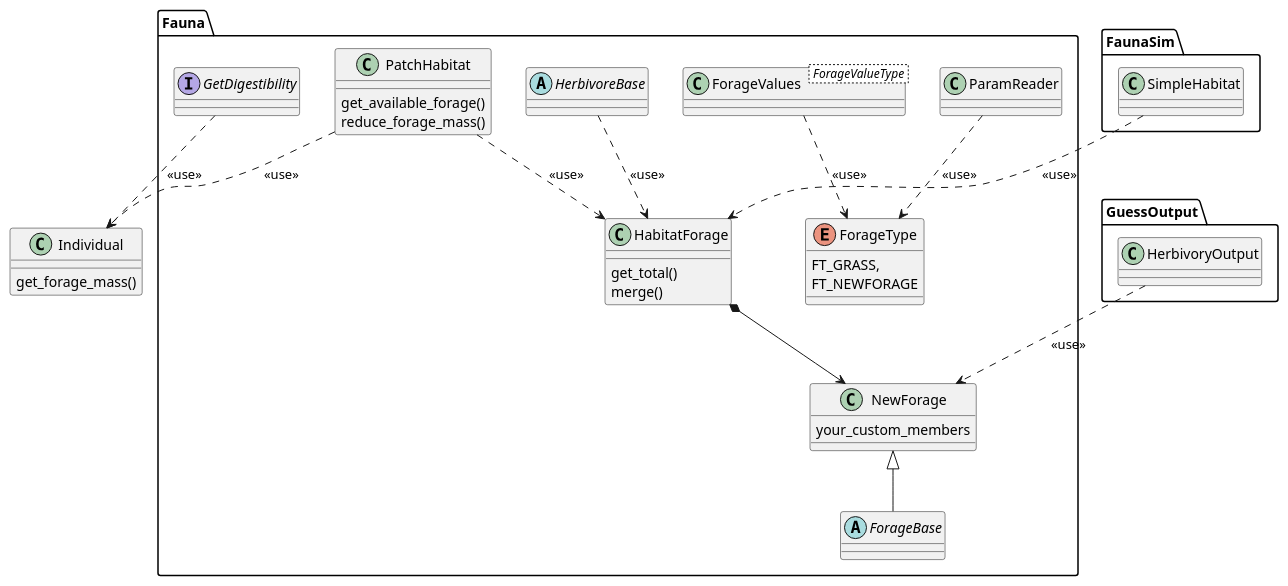
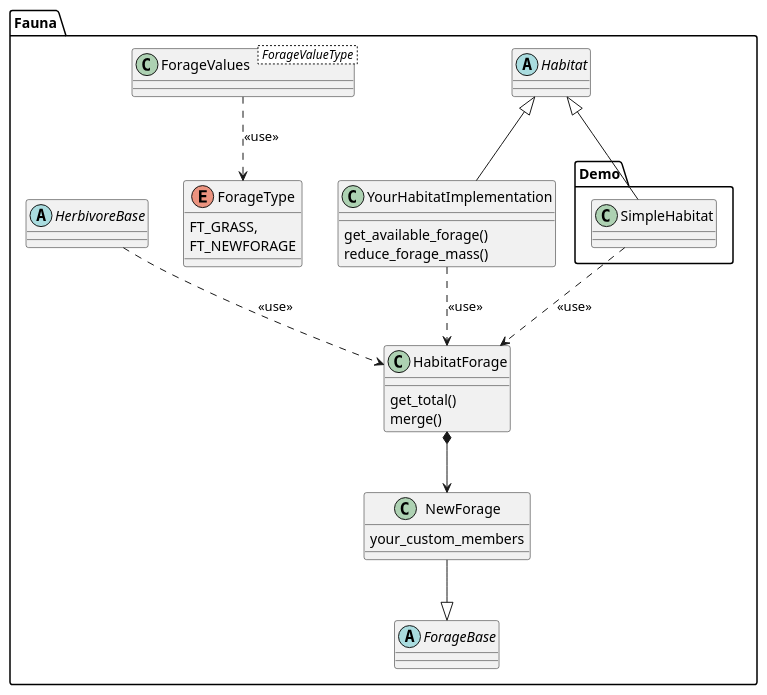
One commit to wtraylor/modular_megafauna_model changed the tenth of 20 diagrams in docs/diagrams.iuml. Above: the diagram before and after it, drawn with PlantUML. The commit also changed 1 other file, not shown here.

Commit message:
Rewrite section new_forage_type

```diff
--- a/docs/diagrams.iuml
+++ b/docs/diagrams.iuml
@@ -251,37 +251,33 @@
 @startuml (id=new_forage_type)
 	namespace Fauna{
-		class ParamReader
 		enum ForageType {
 			FT_GRASS,
 			FT_NEWFORAGE
 		}
-		ParamReader   ..> ForageType : <<use>>
 		class ForageValues< ForageValueType >
 		ForageValues ..> ForageType : <<use>>
 		abstract ForageBase
 		class NewForage{
 			your_custom_members
 		}
-		NewForage <|-- ForageBase
+		NewForage --|> ForageBase
 		class HabitatForage{
 			get_total()
 			merge()
 		}
 		HabitatForage *--> NewForage
 		abstract HerbivoreBase
 		HerbivoreBase ..> HabitatForage : <<use>>
-		interface GetDigestibility
-		class PatchHabitat{
+    class YourHabitatImplementation{
 			get_available_forage()
 			reduce_forage_mass()
 		}
-		PatchHabitat ..> HabitatForage : <<use>>
+    YourHabitatImplementation ..> HabitatForage : <<use>>
+    abstract Habitat
+    YourHabitatImplementation -up-|> Habitat
+    namespace Demo{
+      SimpleHabitat  ..> Fauna.HabitatForage : <<use>>
+      SimpleHabitat -up-|> Fauna.Habitat
+    }
 	}
-	FaunaSim.SimpleHabitat  ..> Fauna.HabitatForage : <<use>>
-	class Individual{
-		get_forage_mass()
-	}
-	Fauna.PatchHabitat          ..> Individual       : <<use>>
-	Fauna.GetDigestibility      ..> Individual       : <<use>>
-	GuessOutput.HerbivoryOutput ..> Fauna.NewForage  : <<use>>
 @enduml
```
